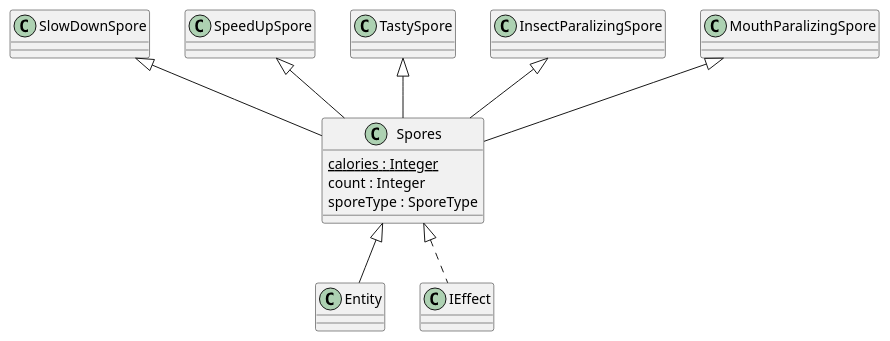
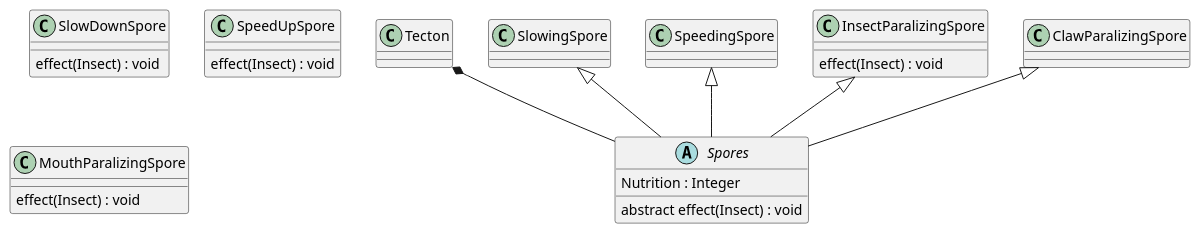
Before and after one commit to Petya-G/fungorium: the diagram in 3/classes/spore.puml, drawn with PlantUML.

Commit message:
spore uml changes

```diff
--- a/3/classes/spore.puml
+++ b/3/classes/spore.puml
@@ -1,35 +1,33 @@
 @startuml spore
 
-Spores <|-- Entity
-Spores <|.. IEffect
-class Spores{
-    {static} calories : Integer
-    count : Integer
-    sporeType : SporeType
+Tecton *-- Spores
+
+abstract class Spores{
+    Nutrition : Integer
+    abstract effect(Insect) : void
 }
 
-SlowDownSpore <|-- Spores
+SlowingSpore <|--Spores
 class SlowDownSpore{
+    effect(Insect) : void
 
 }
 
-SpeedUpSpore <|-- Spores
+SpeedingSpore <|--Spores
 class SpeedUpSpore{
+    effect(Insect) : void
 
 }
 
-TastySpore <|-- Spores
-class TastySpore{
+InsectParalizingSpore <|--Spores
+class InsectParalizingSpore{
+    effect(Insect) : void
 
 }
 
-InsectParalizingSpore <|-- Spores
-class InsectParalizingSpore{
+ClawParalizingSpore <|--Spores
+class MouthParalizingSpore{
+    effect(Insect) : void
 
 }
-
-MouthParalizingSpore <|-- Spores
-class MouthParalizingSpore{
-
-}
-@enduml
+@enduml	
```
